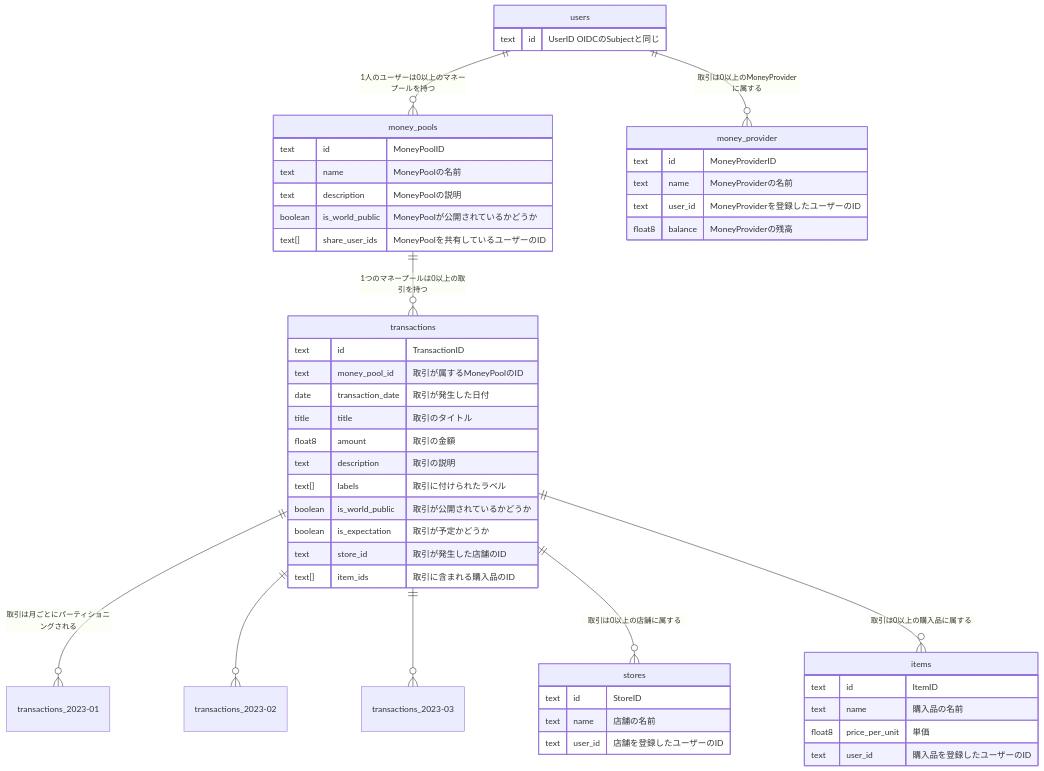
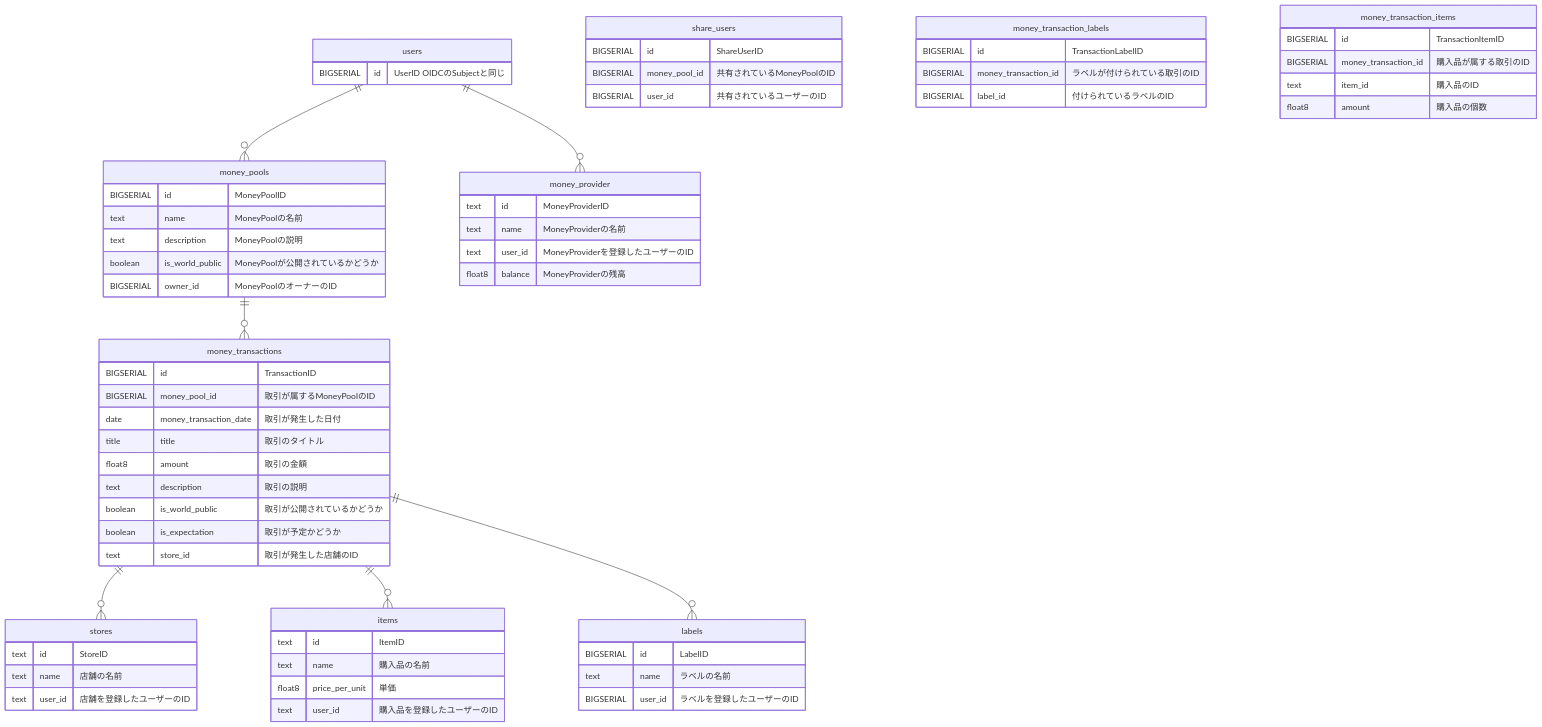
Before and after one commit to walnuts1018/OpenChokin: the diagram in back/readme.md, drawn with Mermaid.

````diff
--- a/back/readme.md
+++ b/back/readme.md
@@ -1,66 +1,78 @@
 ```mermaid
 erDiagram
-  users ||--o{ money_pools : "1人のユーザーは0以上のマネープールを持つ"
-  money_pools ||--o{ transactions : "1つのマネープールは0以上の取引を持つ"
-  transactions ||--o{ transactions_2023-01 : "取引は月ごとにパーティショニングされる"
-  transactions ||--o{ transactions_2023-02 : ""
-  transactions ||--o{ transactions_2023-03 : ""
-  transactions ||--o{ stores : "取引は0以上の店舗に属する"
-  transactions ||--o{ items : "取引は0以上の購入品に属する"
-  users ||--o{ money_provider : "取引は0以上のMoneyProviderに属する"
+  users ||--o{ money_pools : ""
+  money_pools ||--o{ money_transactions : ""
+  money_transactions ||--o{ stores : ""
+  money_transactions ||--o{ items : ""
+  money_transactions ||--o{labels: ""
+  users ||--o{ money_provider : ""
 
   users {
-    text id "UserID OIDCのSubjectと同じ"
+    BIGSERIAL id "UserID OIDCのSubjectと同じ"
   }
 
   money_pools {
-    text id "MoneyPoolID"
+    BIGSERIAL id "MoneyPoolID"
     text name "MoneyPoolの名前"
     text description "MoneyPoolの説明"
     boolean is_world_public "MoneyPoolが公開されているかどうか"
-    text[] share_user_ids "MoneyPoolを共有しているユーザーのID"
+    BIGSERIAL owner_id "MoneyPoolのオーナーのID"
   }
 
-  transactions {
-    text id "TransactionID"
-    text money_pool_id "取引が属するMoneyPoolのID"
-    date transaction_date "取引が発生した日付"
+  share_users {
+    BIGSERIAL id "ShareUserID"
+    BIGSERIAL money_pool_id "共有されているMoneyPoolのID"
+    BIGSERIAL user_id "共有されているユーザーのID"
+  }
+
+  money_transactions {
+    BIGSERIAL id "TransactionID"
+    BIGSERIAL money_pool_id "取引が属するMoneyPoolのID"
+    date money_transaction_date "取引が発生した日付"
     title title "取引のタイトル"
     float8 amount "取引の金額"
     text description "取引の説明"
-    text[] labels "取引に付けられたラベル"
     boolean is_world_public "取引が公開されているかどうか"
     boolean is_expectation "取引が予定かどうか"
     text store_id "取引が発生した店舗のID"
-    text[] item_ids "取引に含まれる購入品のID"
   }
 
-  transactions_2023-01 {
+  labels {
+    BIGSERIAL id "LabelID"
+    text name "ラベルの名前"
+    BIGSERIAL user_id "ラベルを登録したユーザーのID"
   }
 
-  transactions_2023-02 {
-  }
-
-  transactions_2023-03 {
+  money_transaction_labels {
+    BIGSERIAL id "TransactionLabelID"
+    BIGSERIAL money_transaction_id "ラベルが付けられている取引のID"
+    BIGSERIAL label_id "付けられているラベルのID"
   }
 
   stores {
     text id "StoreID"
     text name "店舗の名前"
     text user_id "店舗を登録したユーザーのID"
   }
 
   items {
     text id "ItemID"
     text name "購入品の名前"
     float8 price_per_unit "単価"
     text user_id "購入品を登録したユーザーのID"
   }
 
+  money_transaction_items {
+    BIGSERIAL id "TransactionItemID"
+    BIGSERIAL money_transaction_id "購入品が属する取引のID"
+    text item_id "購入品のID"
+    float8 amount "購入品の個数"
+  }
+
   money_provider {
     text id "MoneyProviderID"
     text name "MoneyProviderの名前"
     text user_id "MoneyProviderを登録したユーザーのID"
     float8 balance "MoneyProviderの残高"
   }
 ```
````
